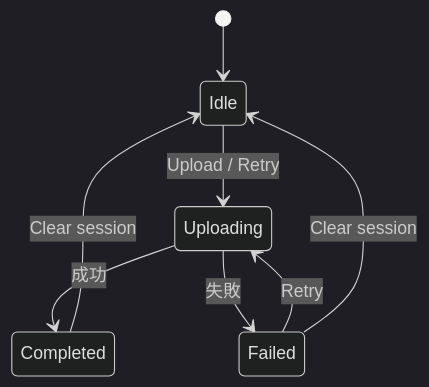
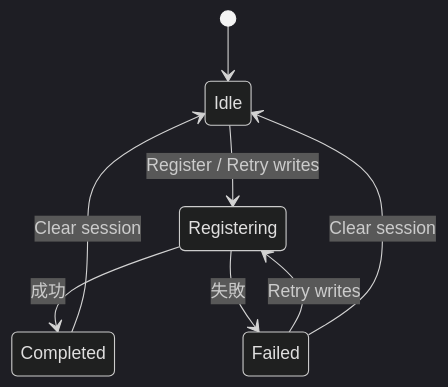
One commit to kuroronrobins/TraceLink changed the third of 3 diagrams in AndroidStudio/RP902App/docs/onboarding/06_状態遷移.md. Above: the diagram before and after it, drawn with Mermaid (dark theme). The commit also changed other lines of this file and 83 other files, not shown here.

````diff
--- a/AndroidStudio/RP902App/docs/onboarding/06_状態遷移.md
+++ b/AndroidStudio/RP902App/docs/onboarding/06_状態遷移.md
@@ -56,10 +38,10 @@
 ```mermaid
 stateDiagram-v2
     [*] --> Idle
-    Idle --> Uploading: Upload / Retry
-    Uploading --> Completed: 成功
-    Uploading --> Failed: 失敗
-    Failed --> Uploading: Retry
+    Idle --> Registering: Register / Retry writes
+    Registering --> Completed: 成功
+    Registering --> Failed: 失敗
+    Failed --> Registering: Retry writes
     Completed --> Idle: Clear session
     Failed --> Idle: Clear session
 ```
````
